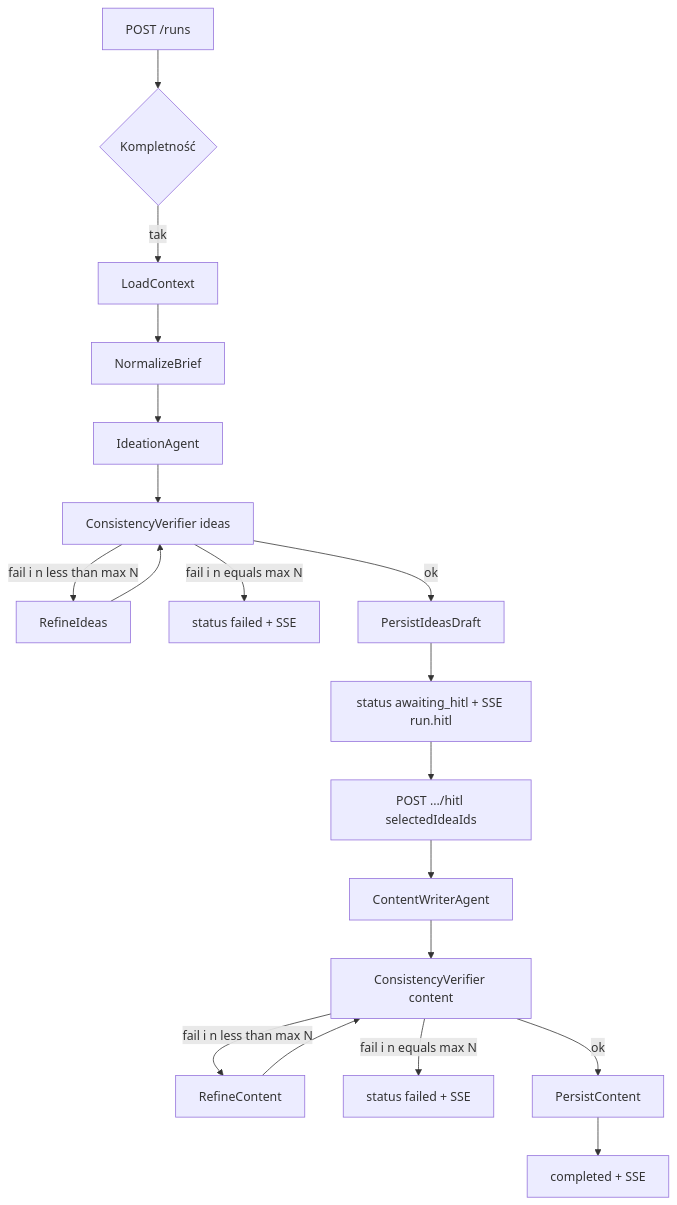
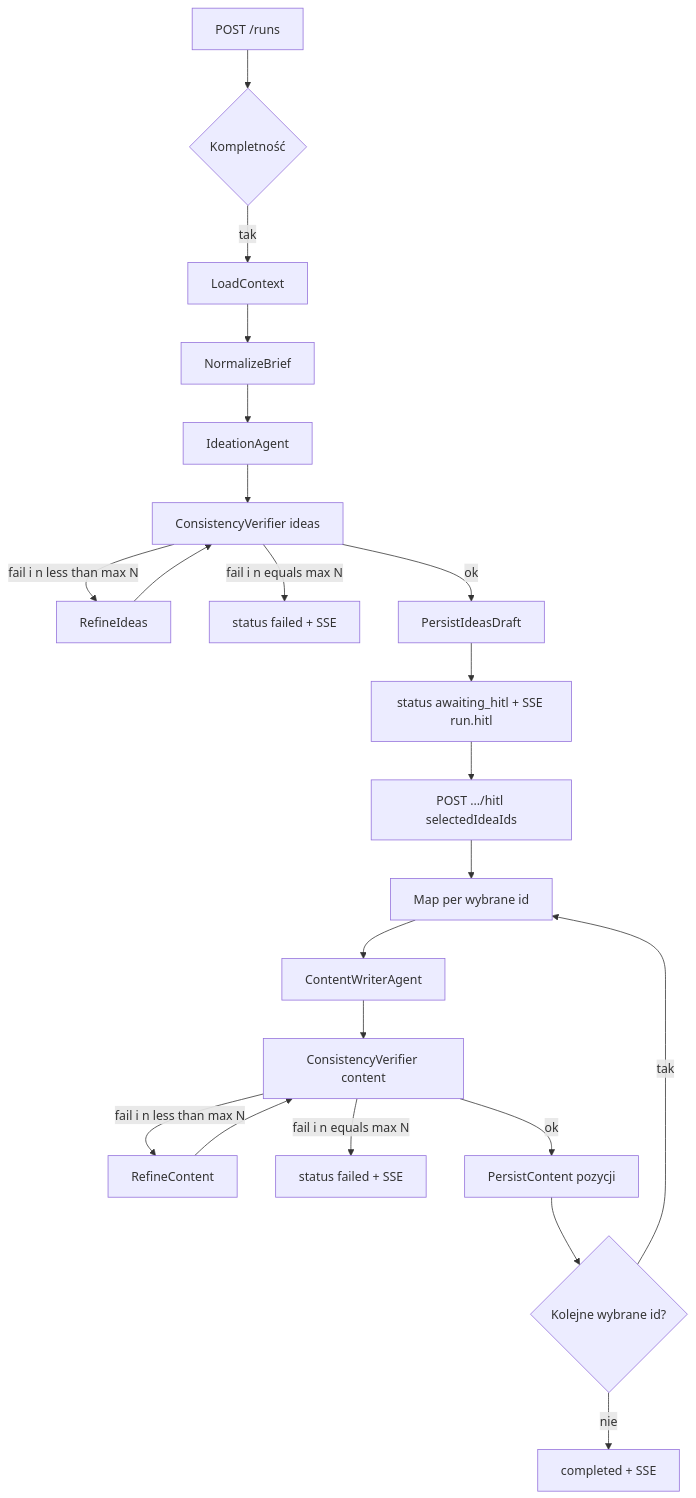
Before and after one commit to matej2314/content-chain: the fourth of 6 diagrams in docs/data_flow.md, drawn with Mermaid. The commit also changed other lines of this file and 63 other files, not shown here.

````diff
--- a/docs/data_flow.md
+++ b/docs/data_flow.md
@@ -94,21 +94,24 @@
 ```mermaid
 flowchart TB
   Start[POST /runs] --> Gate{Kompletność}
   Gate -->|tak| Load[LoadContext]
   Load --> Norm[NormalizeBrief]
   Norm --> Idea[IdeationAgent]
   Idea --> VerI[ConsistencyVerifier ideas]
   VerI -->|fail i n less than max N| RefI[RefineIdeas]
   RefI --> VerI
   VerI -->|fail i n equals max N| FailI[status failed + SSE]
   VerI -->|ok| Draft[PersistIdeasDraft]
   Draft --> Hitl[status awaiting_hitl + SSE run.hitl]
   Hitl --> User[POST .../hitl selectedIdeaIds]
-  User --> Write[ContentWriterAgent]
+  User --> Map[Map per wybrane id]
+  Map --> Write[ContentWriterAgent]
   Write --> VerC[ConsistencyVerifier content]
   VerC -->|fail i n less than max N| RefC[RefineContent]
   RefC --> VerC
   VerC -->|fail i n equals max N| FailC[status failed + SSE]
-  VerC -->|ok| Pers[PersistContent]
-  Pers --> Done[completed + SSE]
+  VerC -->|ok| Pers[PersistContent pozycji]
+  Pers --> Next{Kolejne wybrane id?}
+  Next -->|tak| Map
+  Next -->|nie| Done[completed + SSE]
 ```
````
